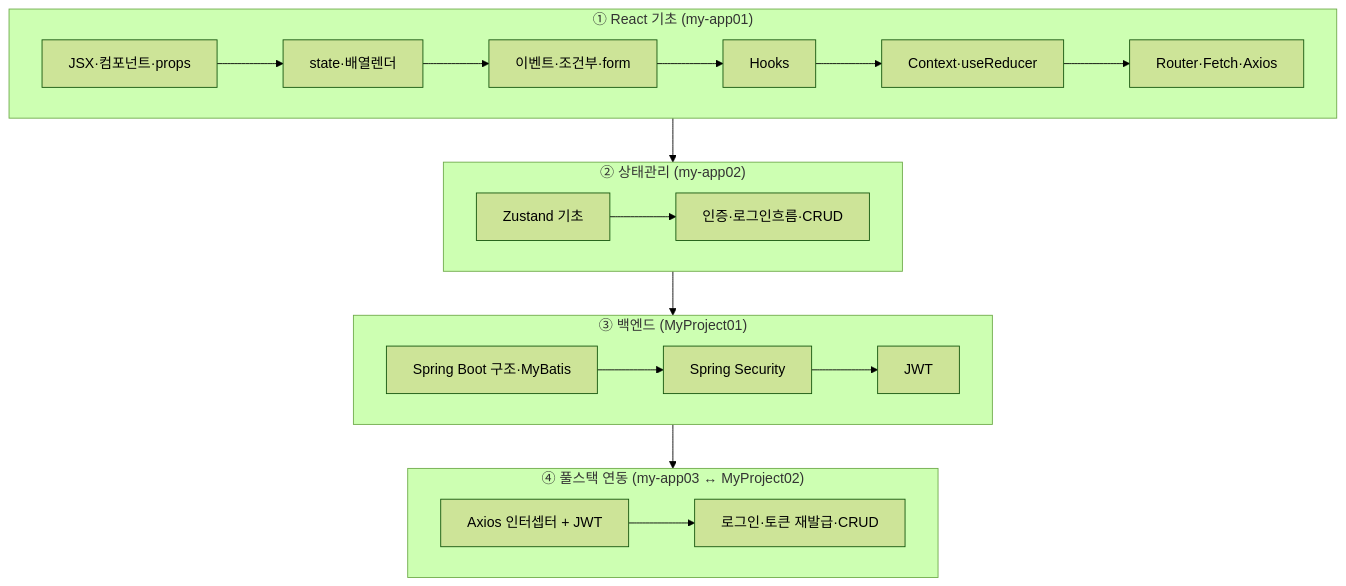
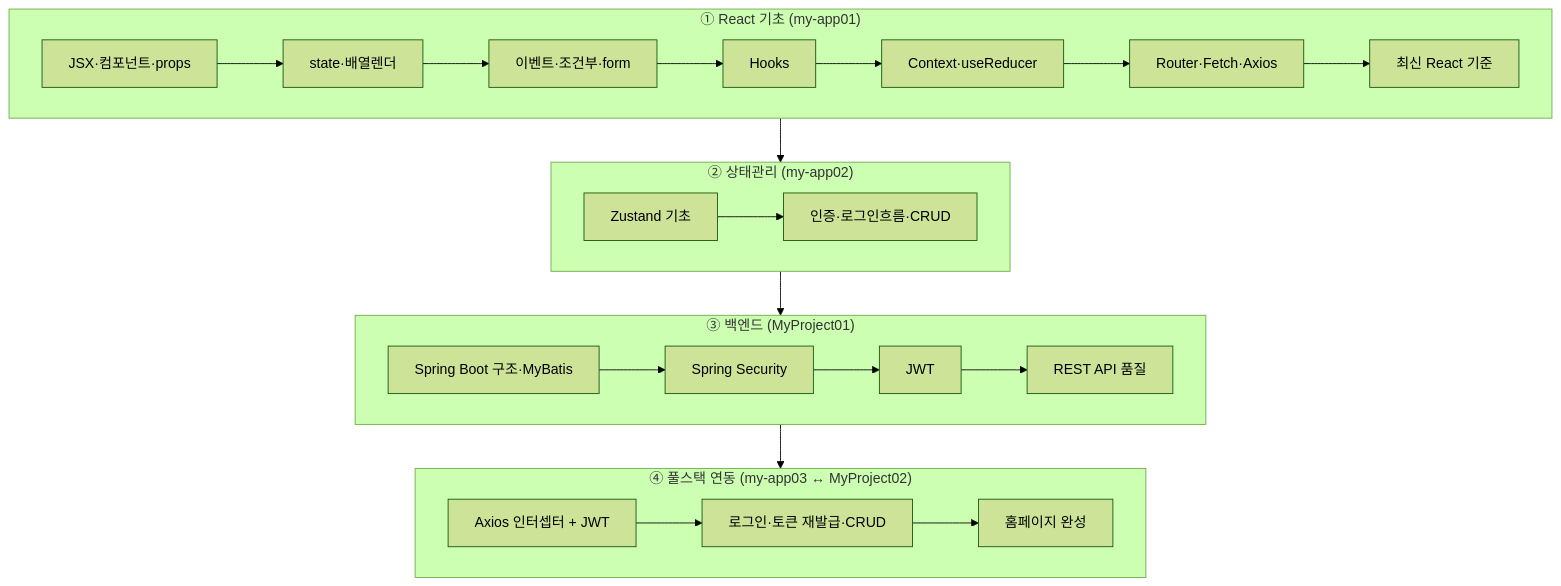
Before and after one commit to notetester/REACT: the first of 2 diagrams in README.md, drawn with Mermaid (forest theme). The commit also changed other lines of this file and 17 other files, not shown here.

Commit message:
Expand modern React and Spring Boot learning guide

````diff
--- a/README.md
+++ b/README.md
@@ -13,17 +13,17 @@
 ```mermaid
 flowchart TD
   subgraph R["① React 기초 (my-app01)"]
     R1[JSX·컴포넌트·props] --> R2[state·배열렌더] --> R3[이벤트·조건부·form]
-    R3 --> R4[Hooks] --> R5[Context·useReducer] --> R6[Router·Fetch·Axios]
+    R3 --> R4[Hooks] --> R5[Context·useReducer] --> R6[Router·Fetch·Axios] --> R7[최신 React 기준]
   end
   subgraph Z["② 상태관리 (my-app02)"]
     Z1[Zustand 기초] --> Z2[인증·로그인흐름·CRUD]
   end
   subgraph S["③ 백엔드 (MyProject01)"]
-    S1[Spring Boot 구조·MyBatis] --> S2[Spring Security] --> S3[JWT]
+    S1[Spring Boot 구조·MyBatis] --> S2[Spring Security] --> S3[JWT] --> S4[REST API 품질]
   end
   subgraph I["④ 풀스택 연동 (my-app03 ↔ MyProject02)"]
-    I1[Axios 인터셉터 + JWT] --> I2[로그인·토큰 재발급·CRUD]
+    I1[Axios 인터셉터 + JWT] --> I2[로그인·토큰 재발급·CRUD] --> I3[홈페이지 완성]
   end
   R --> Z --> S --> I
 ```
````
